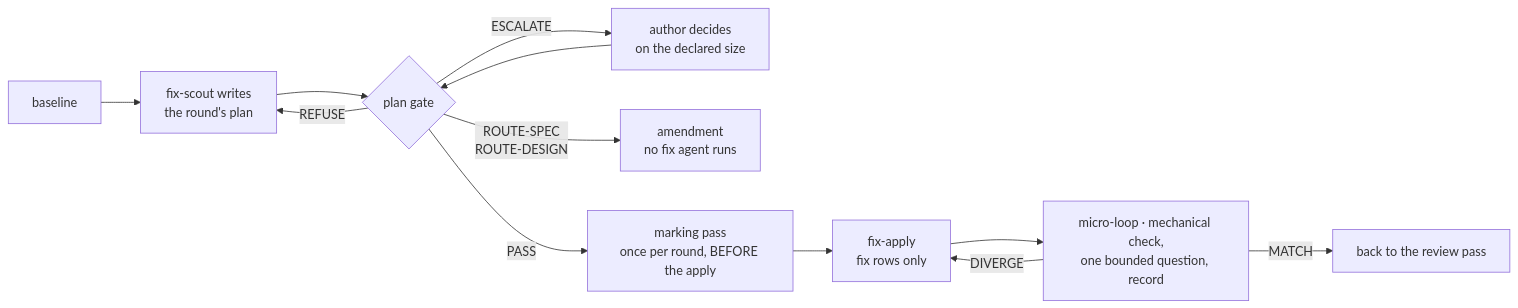
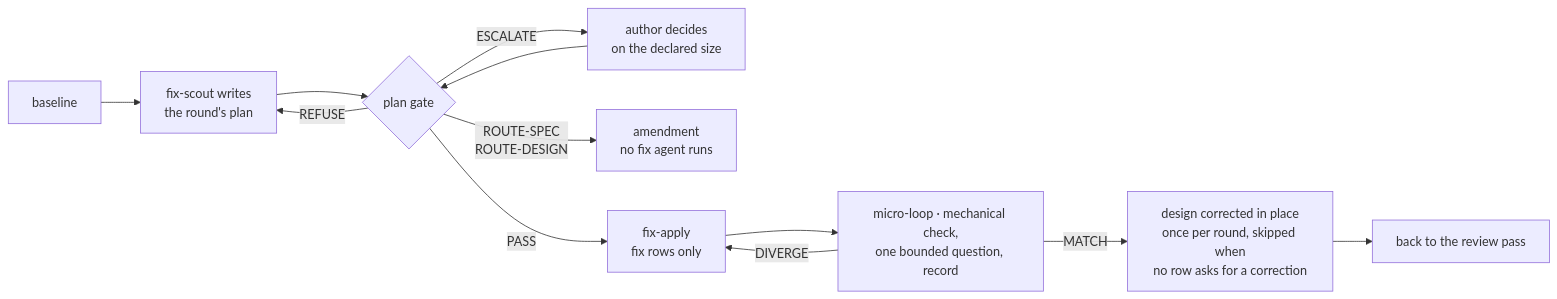
Before and after one commit to JeriC4o/agent-harness: the second of 2 diagrams in README.md, drawn with Mermaid. The commit also changed other lines of this file and 53 other files, not shown here.

````diff
--- a/README.md
+++ b/README.md
@@ -326,14 +326,14 @@
 ```mermaid
 flowchart LR
     B["baseline"] --> P["fix-scout writes<br/>the round's plan"]
     P --> G{"plan gate"}
     G -->|REFUSE| P
     G -->|ESCALATE| AU["author decides<br/>on the declared size"]
     AU --> G
     G -->|"ROUTE-SPEC<br/>ROUTE-DESIGN"| AM["amendment<br/>no fix agent runs"]
-    G -->|PASS| M["marking pass<br/>once per round, BEFORE the apply"]
-    M --> AP["fix-apply<br/>fix rows only"]
+    G -->|PASS| AP["fix-apply<br/>fix rows only"]
     AP --> ML["micro-loop · mechanical check,<br/>one bounded question, record"]
     ML -->|DIVERGE| AP
-    ML -->|MATCH| R["back to the review pass"]
+    ML -->|MATCH| C["design corrected in place<br/>once per round, skipped when<br/>no row asks for a correction"]
+    C --> R["back to the review pass"]
 ```
````
